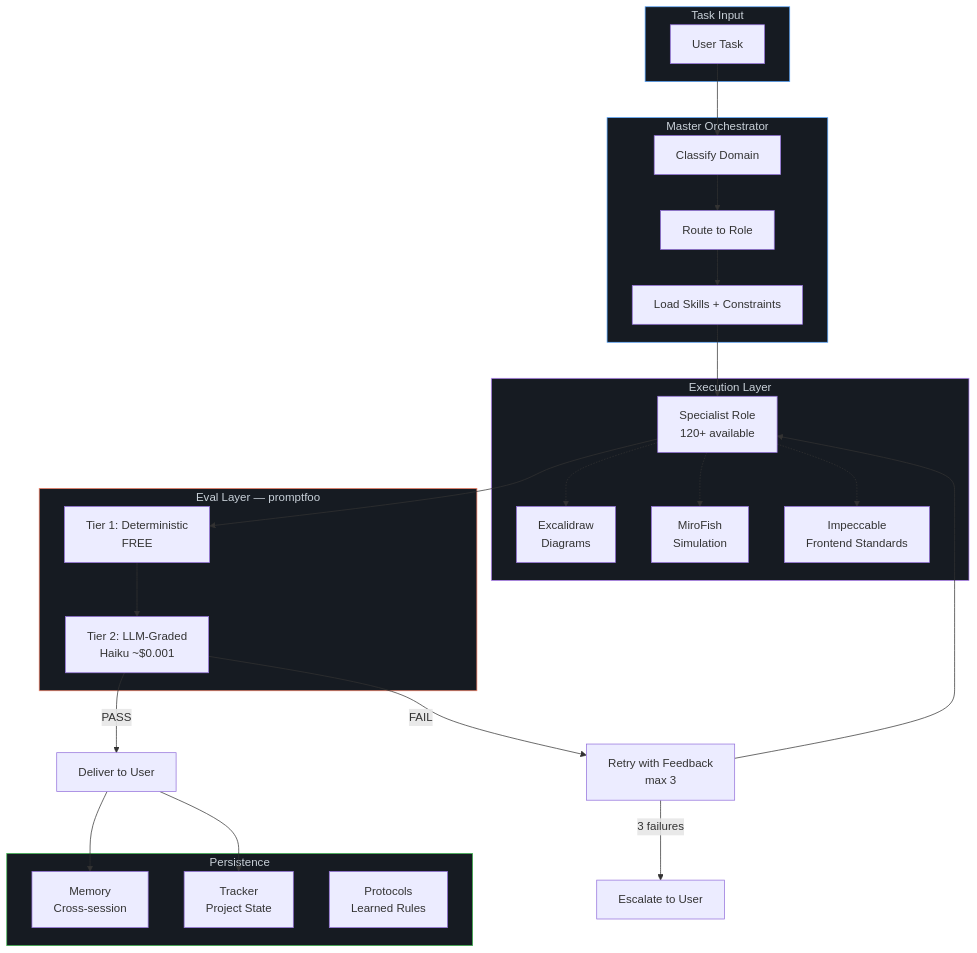
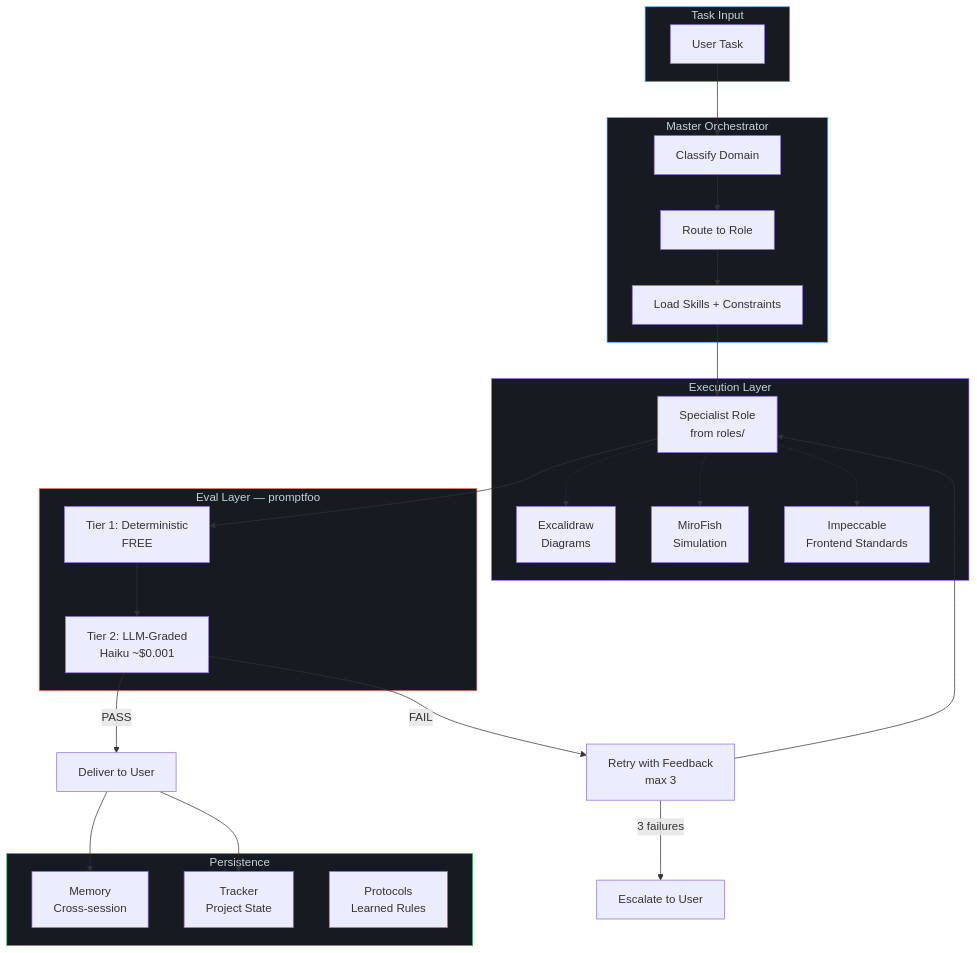
One commit to dnsatgit/aigod changed the first of 2 diagrams in README.md. Above: the diagram before and after it, drawn with Mermaid. The commit also changed other lines of this file and 2 other files, not shown here.

````diff
--- a/README.md
+++ b/README.md
@@ -77,52 +75,52 @@
 ```mermaid
 flowchart TB
     subgraph INPUT["Task Input"]
         USER[User Task]
     end
 
     subgraph ORCHESTRATOR["Master Orchestrator"]
         CLASSIFY[Classify Domain]
         ROUTE[Route to Role]
         LOAD[Load Skills + Constraints]
     end
 
     subgraph EXECUTION["Execution Layer"]
-        ROLE[Specialist Role<br/>120+ available]
+        ROLE[Specialist Role<br/>from roles/]
         SKILL1[Excalidraw<br/>Diagrams]
         SKILL2[MiroFish<br/>Simulation]
         CONSTRAINT[Impeccable<br/>Frontend Standards]
     end
 
     subgraph EVAL["Eval Layer — promptfoo"]
         T1[Tier 1: Deterministic<br/>FREE]
         T2[Tier 2: LLM-Graded<br/>Haiku ~$0.001]
     end
 
     subgraph STATE["Persistence"]
         MEMORY[Memory<br/>Cross-session]
         TRACKER[Tracker<br/>Project State]
         PROTOCOL[Protocols<br/>Learned Rules]
     end
 
     USER --> CLASSIFY
     CLASSIFY --> ROUTE
     ROUTE --> LOAD
     LOAD --> ROLE
     ROLE -.-> SKILL1
     ROLE -.-> SKILL2
     ROLE -.-> CONSTRAINT
     ROLE --> T1
     T1 --> T2
     T2 -->|PASS| OUTPUT[Deliver to User]
     T2 -->|FAIL| RETRY[Retry with Feedback<br/>max 3]
     RETRY --> ROLE
     OUTPUT --> MEMORY
     OUTPUT --> TRACKER
     RETRY -->|3 failures| ESCALATE[Escalate to User]
 
     style INPUT fill:#161b22,stroke:#58a6ff,color:#c9d1d9
     style ORCHESTRATOR fill:#161b22,stroke:#58a6ff,color:#c9d1d9
     style EXECUTION fill:#161b22,stroke:#bc8cff,color:#c9d1d9
     style EVAL fill:#161b22,stroke:#f78166,color:#c9d1d9
     style STATE fill:#161b22,stroke:#3fb950,color:#c9d1d9
 ```
````
